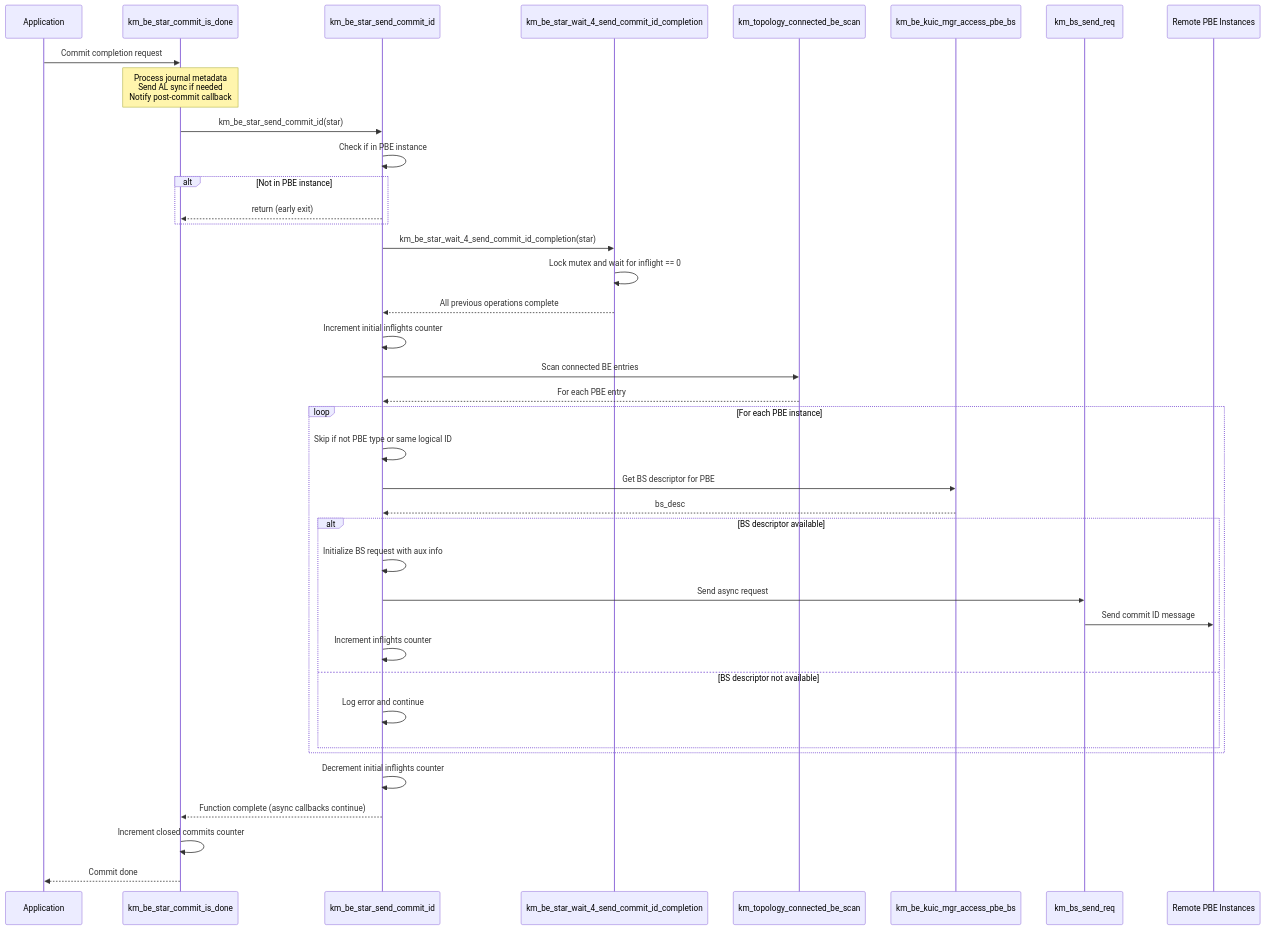
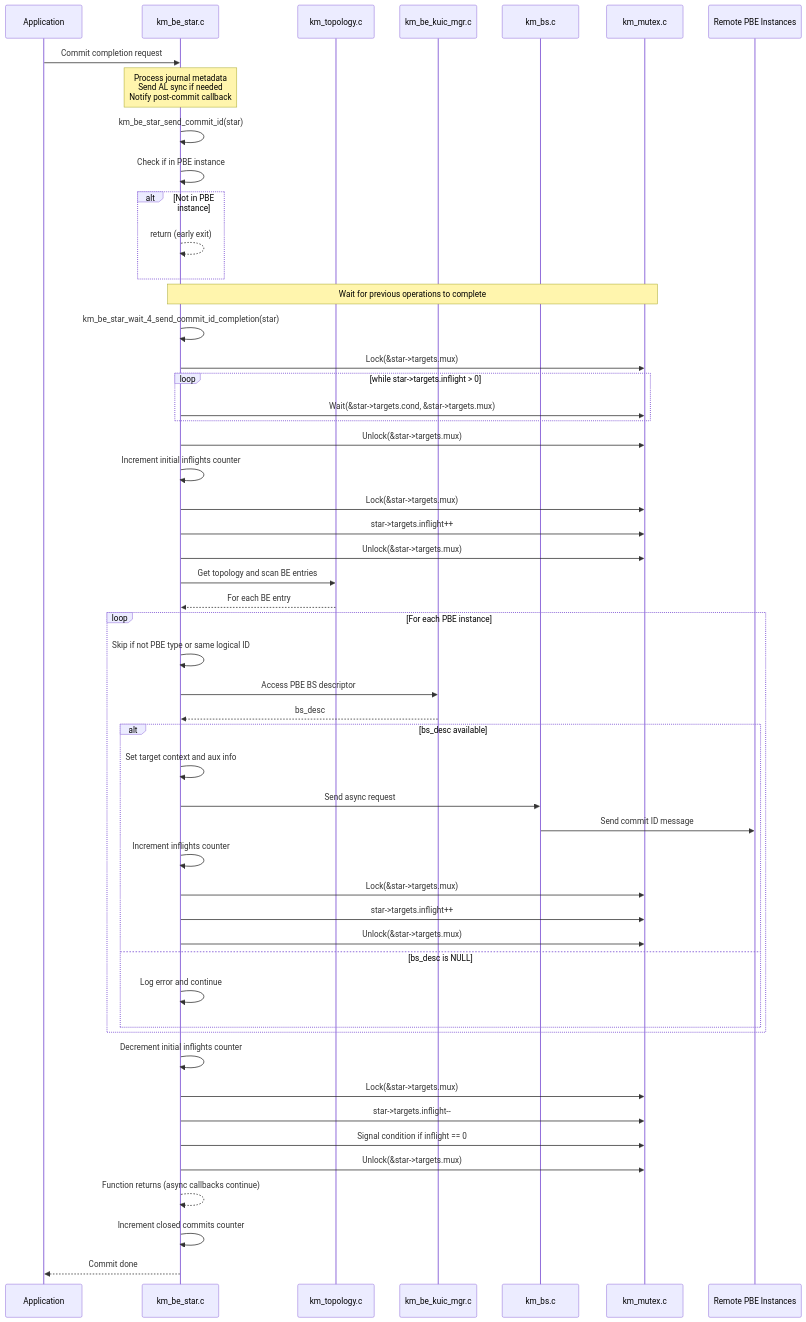
Before and after one commit to jameel-shorosh-silk/sequence-diagrams-km-be-star: the diagram in 01-main-commit-flow.md, drawn with Mermaid.

Commit message:
Update main commit flow with revised participant names

````diff
--- a/01-main-commit-flow.md
+++ b/01-main-commit-flow.md
@@ -5,51 +5,64 @@
 ```mermaid
 sequenceDiagram
     participant App as Application
-    participant CommitDone as km_be_star_commit_is_done
-    participant SendCommit as km_be_star_send_commit_id
-    participant Wait as km_be_star_wait_4_send_commit_id_completion
-    participant Topology as km_topology_connected_be_scan
-    participant KUIC as km_be_kuic_mgr_access_pbe_bs
-    participant BS as km_bs_send_req
+    participant Star as km_be_star.c
+    participant Topology as km_topology.c
+    participant KUIC as km_be_kuic_mgr.c
+    participant BS as km_bs.c
+    participant Mutex as km_mutex.c
     participant PBE as Remote PBE Instances
 
-    App->>CommitDone: Commit completion request
-    Note over CommitDone: Process journal metadata<br/>Send AL sync if needed<br/>Notify post-commit callback
+    App->>Star: Commit completion request
+    Note over Star: Process journal metadata<br/>Send AL sync if needed<br/>Notify post-commit callback
     
-    CommitDone->>SendCommit: km_be_star_send_commit_id(star)
+    Star->>Star: km_be_star_send_commit_id(star)
     
-    SendCommit->>SendCommit: Check if in PBE instance
+    Star->>Star: Check if in PBE instance
     alt Not in PBE instance
-        SendCommit-->>CommitDone: return (early exit)
+        Star-->>Star: return (early exit)
     end
     
-    SendCommit->>Wait: km_be_star_wait_4_send_commit_id_completion(star)
-    Wait->>Wait: Lock mutex and wait for inflight == 0
-    Wait-->>SendCommit: All previous operations complete
+    Note over Star,Mutex: Wait for previous operations to complete
+    Star->>Star: km_be_star_wait_4_send_commit_id_completion(star)
+    Star->>Mutex: Lock(&star->targets.mux)
+    loop while star->targets.inflight > 0
+        Star->>Mutex: Wait(&star->targets.cond, &star->targets.mux)
+    end
+    Star->>Mutex: Unlock(&star->targets.mux)
     
-    SendCommit->>SendCommit: Increment initial inflights counter
+    Star->>Star: Increment initial inflights counter
+    Star->>Mutex: Lock(&star->targets.mux)
+    Star->>Mutex: star->targets.inflight++
+    Star->>Mutex: Unlock(&star->targets.mux)
     
-    SendCommit->>Topology: Scan connected BE entries
-    Topology-->>SendCommit: For each PBE entry
+    Star->>Topology: Get topology and scan BE entries
+    Topology-->>Star: For each BE entry
     
     loop For each PBE instance
-        SendCommit->>SendCommit: Skip if not PBE type or same logical ID
-        SendCommit->>KUIC: Get BS descriptor for PBE
-        KUIC-->>SendCommit: bs_desc
+        Star->>Star: Skip if not PBE type or same logical ID
+        Star->>KUIC: Access PBE BS descriptor
+        KUIC-->>Star: bs_desc
         
-        alt BS descriptor available
-            SendCommit->>SendCommit: Initialize BS request with aux info
-            SendCommit->>BS: Send async request
+        alt bs_desc available
+            Star->>Star: Set target context and aux info
+            Star->>BS: Send async request
             BS->>PBE: Send commit ID message
-            SendCommit->>SendCommit: Increment inflights counter
-        else BS descriptor not available
-            SendCommit->>SendCommit: Log error and continue
+            Star->>Star: Increment inflights counter
+            Star->>Mutex: Lock(&star->targets.mux)
+            Star->>Mutex: star->targets.inflight++
+            Star->>Mutex: Unlock(&star->targets.mux)
+        else bs_desc is NULL
+            Star->>Star: Log error and continue
         end
     end
     
-    SendCommit->>SendCommit: Decrement initial inflights counter
-    SendCommit-->>CommitDone: Function complete (async callbacks continue)
+    Star->>Star: Decrement initial inflights counter
+    Star->>Mutex: Lock(&star->targets.mux)
+    Star->>Mutex: star->targets.inflight--
+    Star->>Mutex: Signal condition if inflight == 0
+    Star->>Mutex: Unlock(&star->targets.mux)
     
-    CommitDone->>CommitDone: Increment closed commits counter
-    CommitDone-->>App: Commit done
+    Star-->>Star: Function returns (async callbacks continue)
+    Star->>Star: Increment closed commits counter
+    Star-->>App: Commit done
 ```
````
